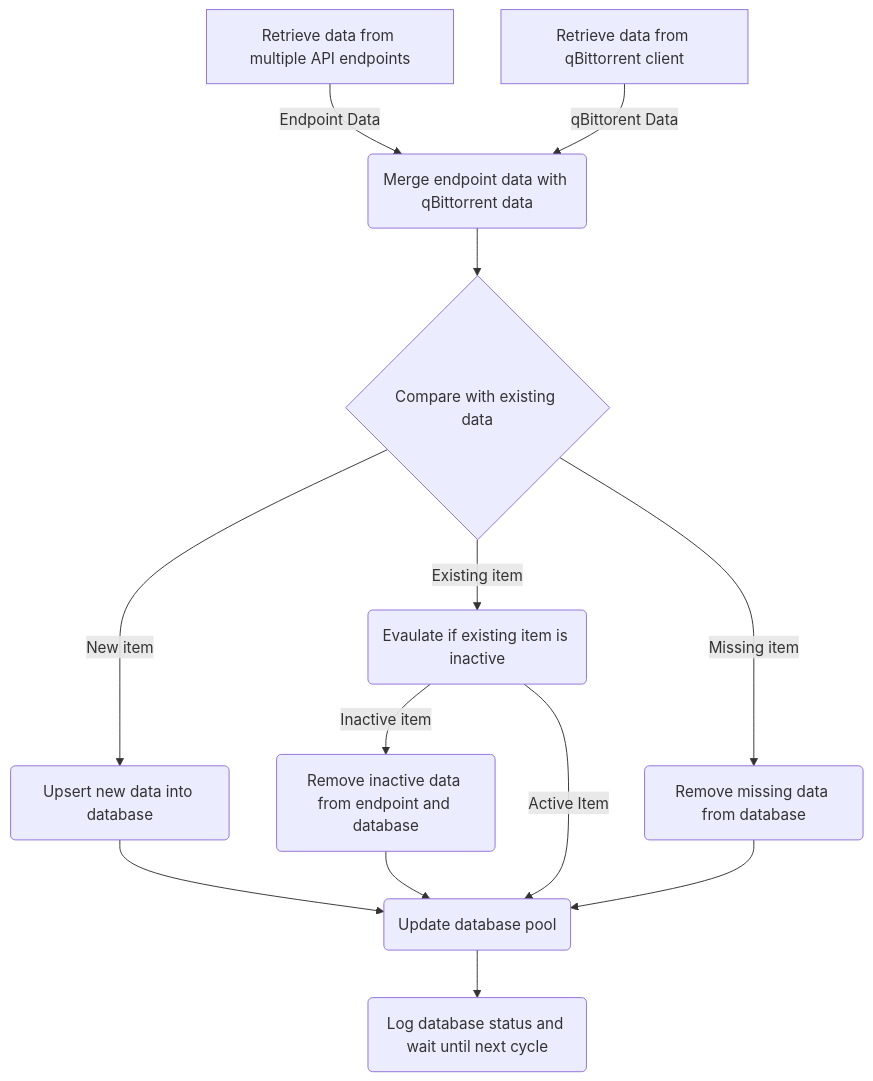
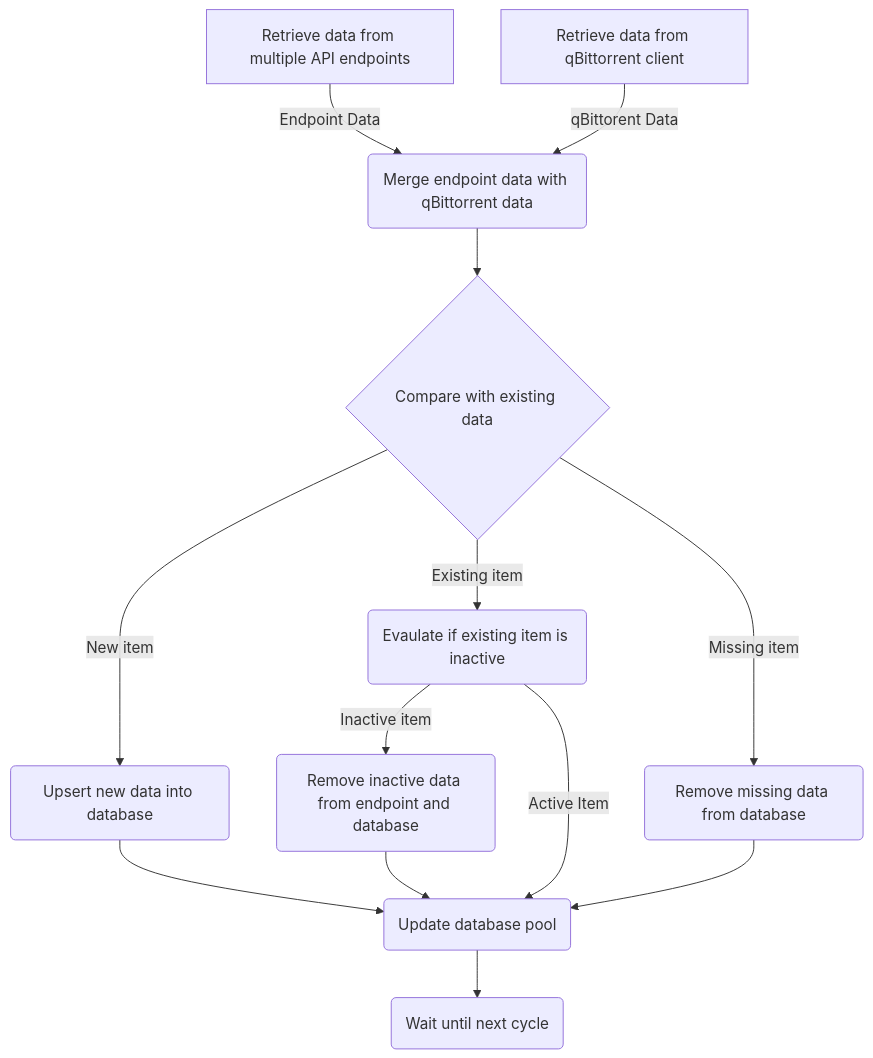
Before and after one commit to czer323/TidyArr: the first of 2 diagrams in readme.md, drawn with Mermaid. The commit also changed other lines of this file and 1 other file, not shown here.

````diff
--- a/readme.md
+++ b/readme.md
@@ -191,15 +191,15 @@
 ```mermaid
 graph TD
     A[Retrieve data from multiple API endpoints] --> |Endpoint Data|B(Merge endpoint data with qBittorrent data);
     J[Retrieve data from qBittorrent client] --> |qBittorent Data|B;
     B --> C{Compare with existing data};
     C --> |New item| D(Upsert new data into database);
     C --> |Existing item| E(Evaulate if existing item is inactive);
     C --> |Missing item| F(Remove missing data from database);
     E --> |Inactive item| G(Remove inactive data from endpoint and database);    
     D --> H;    
     E --> |Active Item| H;
     F --> H;
     G --> H(Update database pool);
-    H --> I(Log database status and wait until next cycle);
+    H --> I(Wait until next cycle);
 ```
````
